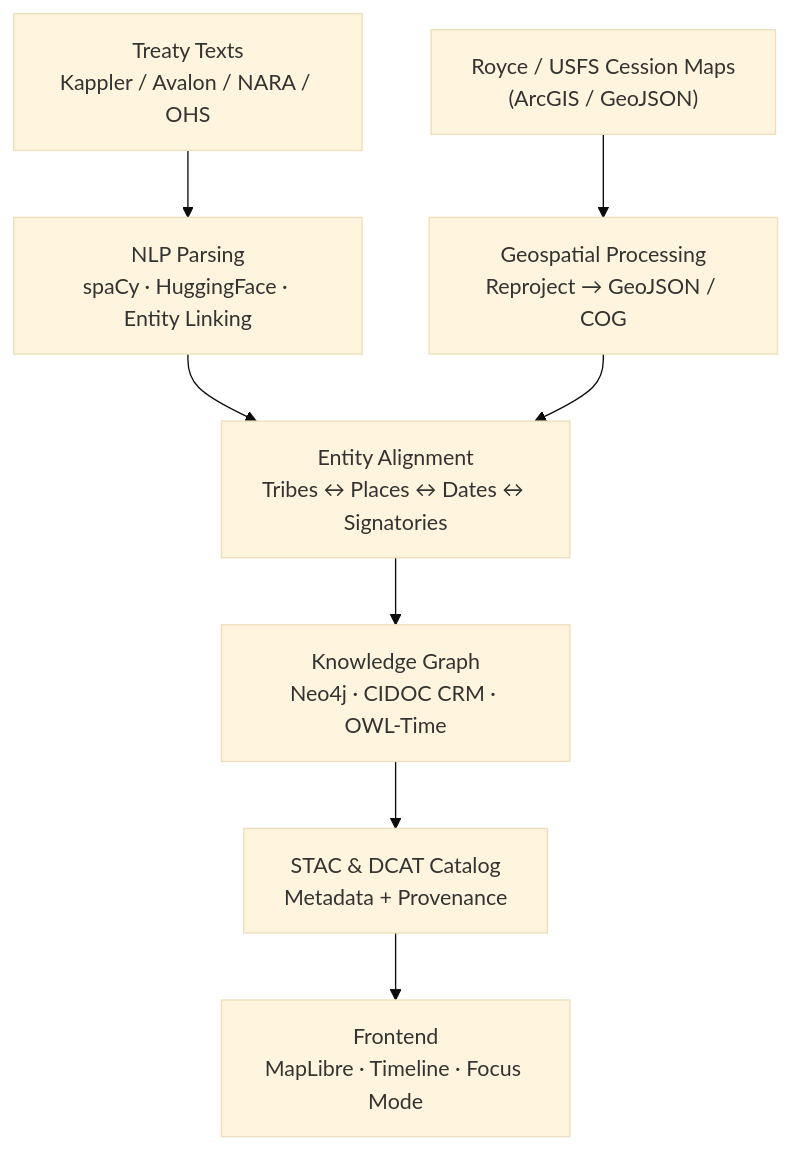
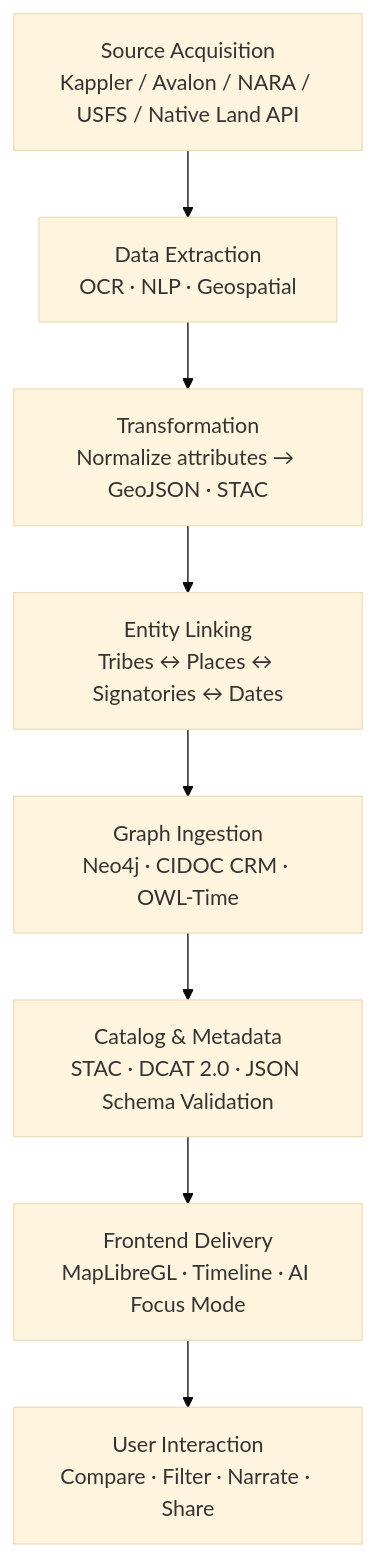
The diagram in docs/integration/treaties.md (bartytime4life/Kansas-Frontier-Matrix), drawn with Mermaid (base theme) before and after one commit. The commit also changed other lines of this file, not shown here.

First line of the commit message:
Revise treaty integration documentation and metadata

`````diff
--- a/docs/integration/treaties.md
+++ b/docs/integration/treaties.md
@@ -54,10 +99,10 @@
 ```mermaid
 flowchart TD
-    A["Treaty Texts\nKappler / Avalon / NARA / OHS"] --> B["NLP Parsing\nspaCy · HuggingFace · Entity Linking"]
-    A2["Royce / USFS Cession Maps\n(ArcGIS / GeoJSON)"] --> C["Geospatial Processing\nReproject → GeoJSON / COG"]
-    B --> D["Entity Alignment\nTribes ↔ Places ↔ Dates ↔ Signatories"]
-    C --> D
-    D --> E["Knowledge Graph\nNeo4j · CIDOC CRM · OWL-Time"]
-    E --> F["STAC & DCAT Catalog\nMetadata + Provenance"]
-    F --> G["Frontend\nMapLibre · Timeline · Focus Mode"]
-````
+  A["Source Acquisition\nKappler / Avalon / NARA / USFS / Native Land API"] --> B["Data Extraction\nOCR · NLP · Geospatial"]
+  B --> C["Transformation\nNormalize attributes → GeoJSON · STAC"]
+  C --> D["Entity Linking\nTribes ↔ Places ↔ Signatories ↔ Dates"]
+  D --> E["Graph Ingestion\nNeo4j · CIDOC CRM · OWL-Time"]
+  E --> F["Catalog & Metadata\nSTAC · DCAT 2.0 · JSON Schema Validation"]
+  F --> G["Frontend Delivery\nMapLibreGL · Timeline · AI Focus Mode"]
+  G --> H["User Interaction\nCompare · Filter · Narrate · Share"]
+```
`````
